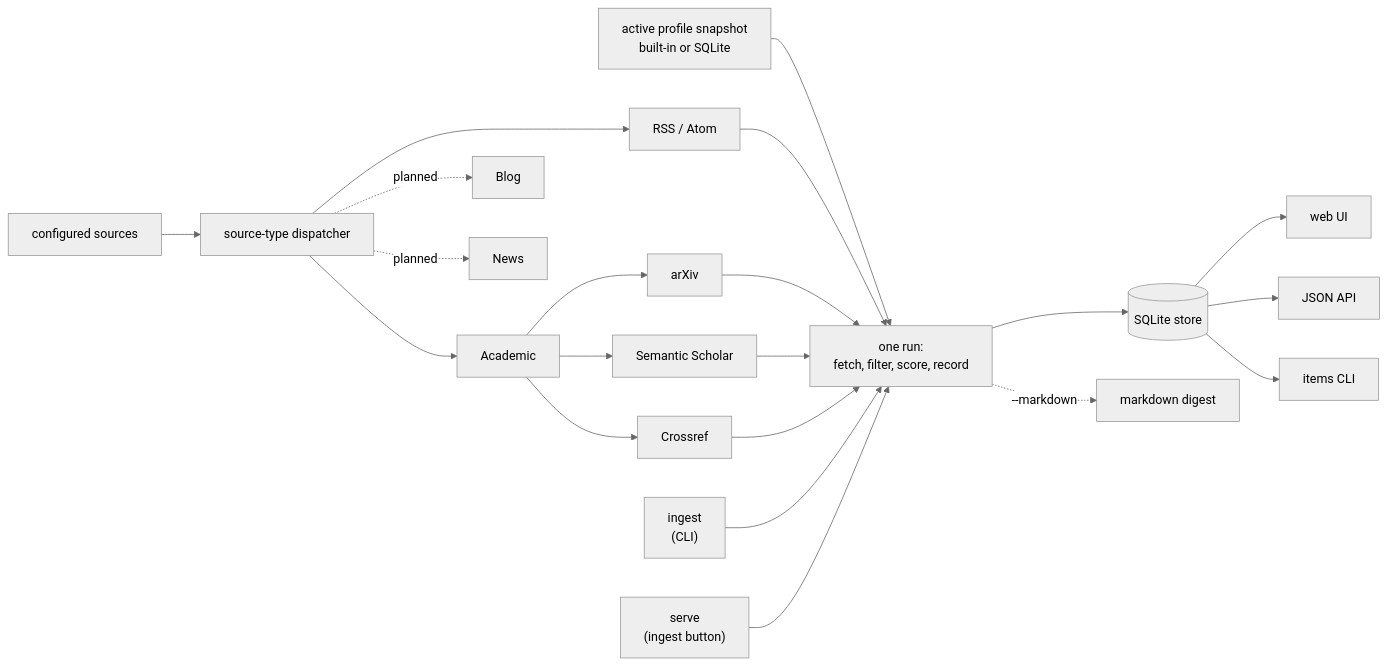
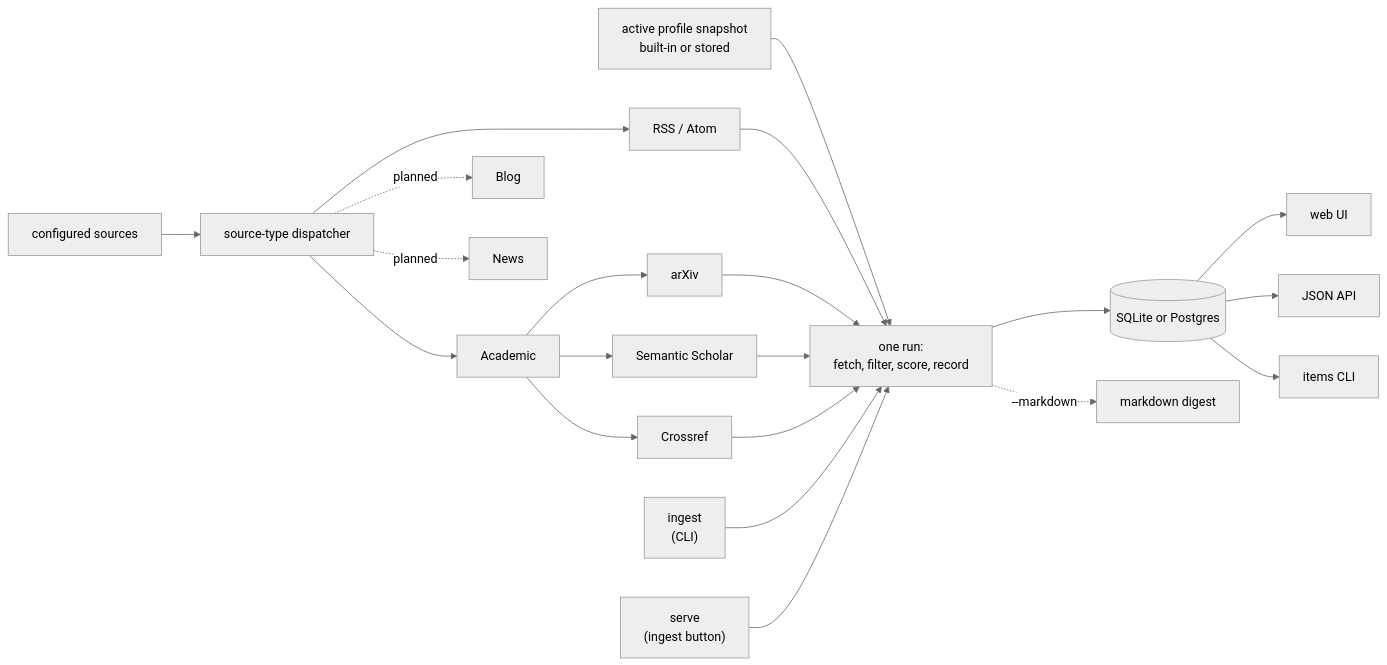
Before and after one commit to DanielBlei/rabbithole: the first of 2 diagrams in docs/architecture.md, drawn with Mermaid (neutral theme). The commit also changed other lines of this file and 23 other files, not shown here.

````diff
--- a/docs/architecture.md
+++ b/docs/architecture.md
@@ -5,27 +5,27 @@
 ```mermaid
 flowchart LR
     CFG[configured sources] --> DISP[source-type dispatcher]
-    PROF["active profile snapshot<br/>built-in or SQLite"] --> RUN
+    PROF["active profile snapshot<br/>built-in or stored"] --> RUN
 
     DISP --> RSS[RSS / Atom]
     DISP --> ACAD[Academic]
     DISP -. planned .-> BLOG[Blog]
     DISP -. planned .-> NEWS[News]
 
     ACAD --> ARXIV[arXiv]
     ACAD --> S2[Semantic Scholar]
     ACAD --> CROSSREF[Crossref]
 
     RSS --> RUN
     ARXIV --> RUN
     S2 --> RUN
     CROSSREF --> RUN
 
     CLI["ingest<br/>(CLI)"] --> RUN
     WEB["serve<br/>(ingest button)"] --> RUN
-    RUN[one run:<br/>fetch, filter, score, record] --> DB[(SQLite store)]
+    RUN[one run:<br/>fetch, filter, score, record] --> DB[(SQLite or Postgres)]
     RUN -. "--markdown" .-> MD[markdown digest]
     DB --> UI[web UI]
     DB --> API[JSON API]
     DB --> ITEMS[items CLI]
 ```
````
